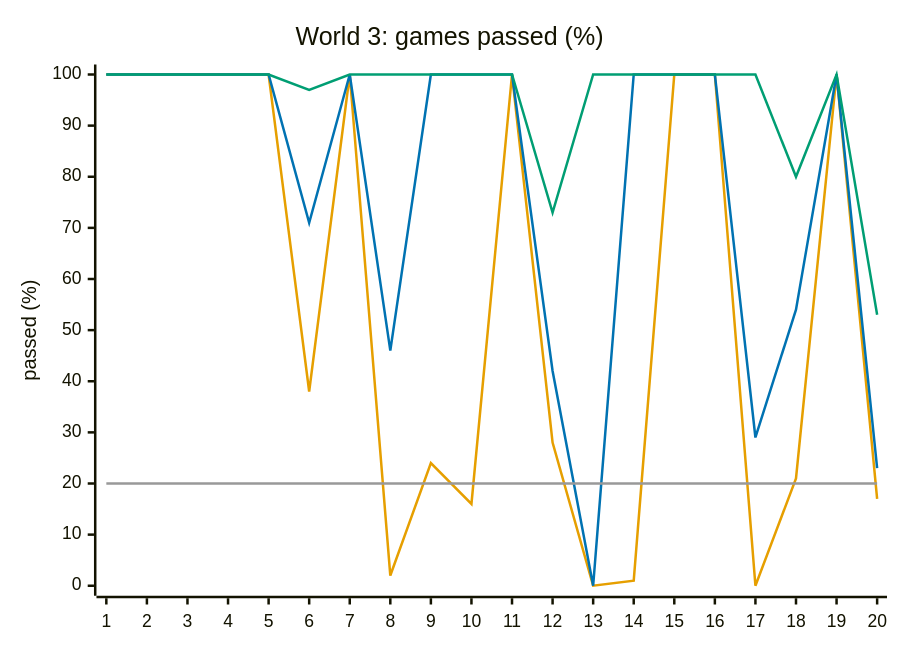
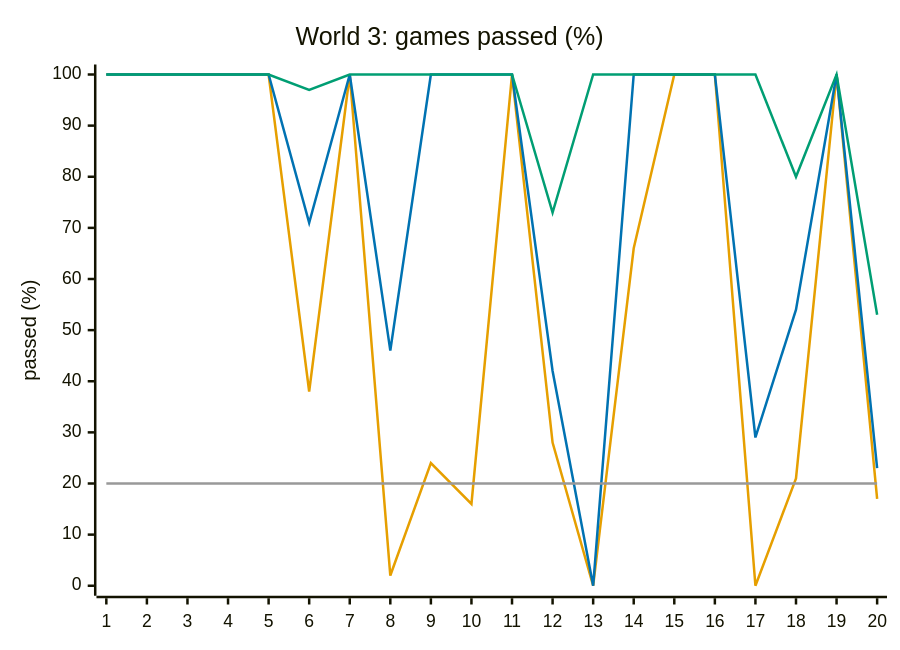
Before and after one commit to Pavelya/dots: the fifth of 8 diagrams in docs/design/difficulty.md, drawn with Mermaid. The commit also changed other lines of this file and 2 other files, not shown here.

````diff
--- a/docs/design/difficulty.md
+++ b/docs/design/difficulty.md
@@ -225,11 +226,11 @@
 ```mermaid
 %%{init: {"themeVariables": {"xyChart": {"plotColorPalette": "#E69F00, #0072B2, #009E73, #999999"}}}}%%
 xychart-beta
     title "World 3: games passed (%)"
     x-axis ["1", "2", "3", "4", "5", "6", "7", "8", "9", "10", "11", "12", "13", "14", "15", "16", "17", "18", "19", "20"]
     y-axis "passed (%)" 0 --> 100
-    line [100, 100, 100, 100, 100, 38, 100, 2, 24, 16, 100, 28, 0, 1, 100, 100, 0, 21, 100, 17]
+    line [100, 100, 100, 100, 100, 38, 100, 2, 24, 16, 100, 28, 0, 66, 100, 100, 0, 21, 100, 17]
     line [100, 100, 100, 100, 100, 71, 100, 46, 100, 100, 100, 42, 0, 100, 100, 100, 29, 54, 100, 23]
     line [100, 100, 100, 100, 100, 97, 100, 100, 100, 100, 100, 73, 100, 100, 100, 100, 100, 80, 100, 53]
     line [20, 20, 20, 20, 20, 20, 20, 20, 20, 20, 20, 20, 20, 20, 20, 20, 20, 20, 20, 20]
 ```
````
